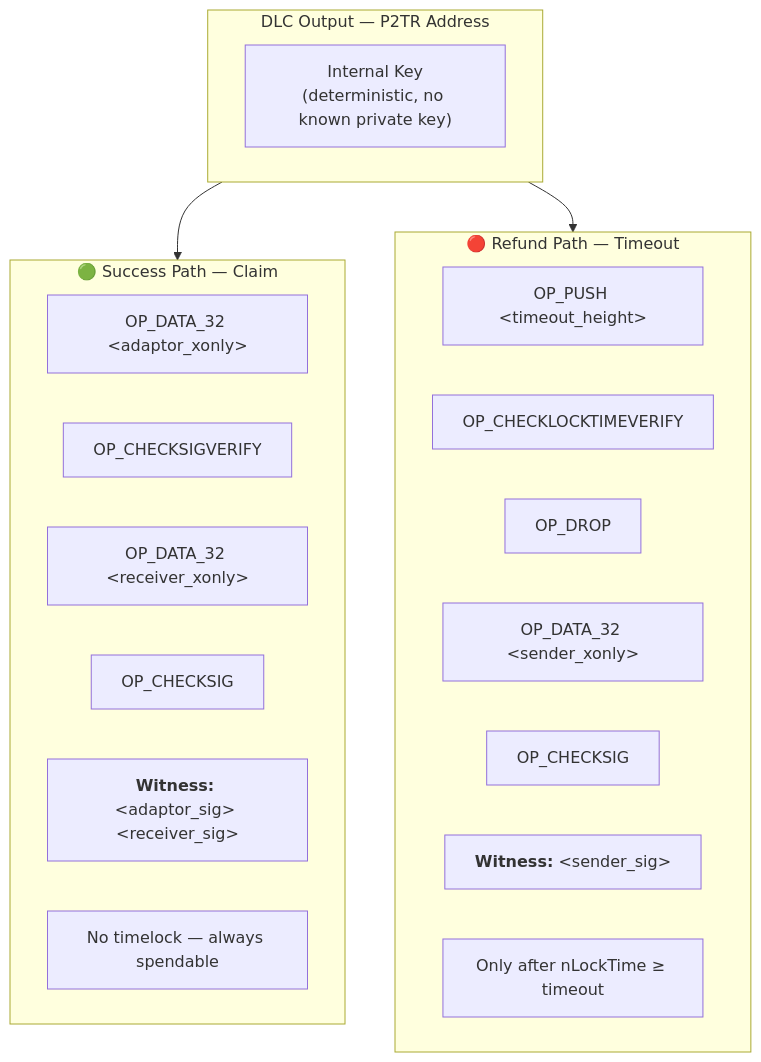
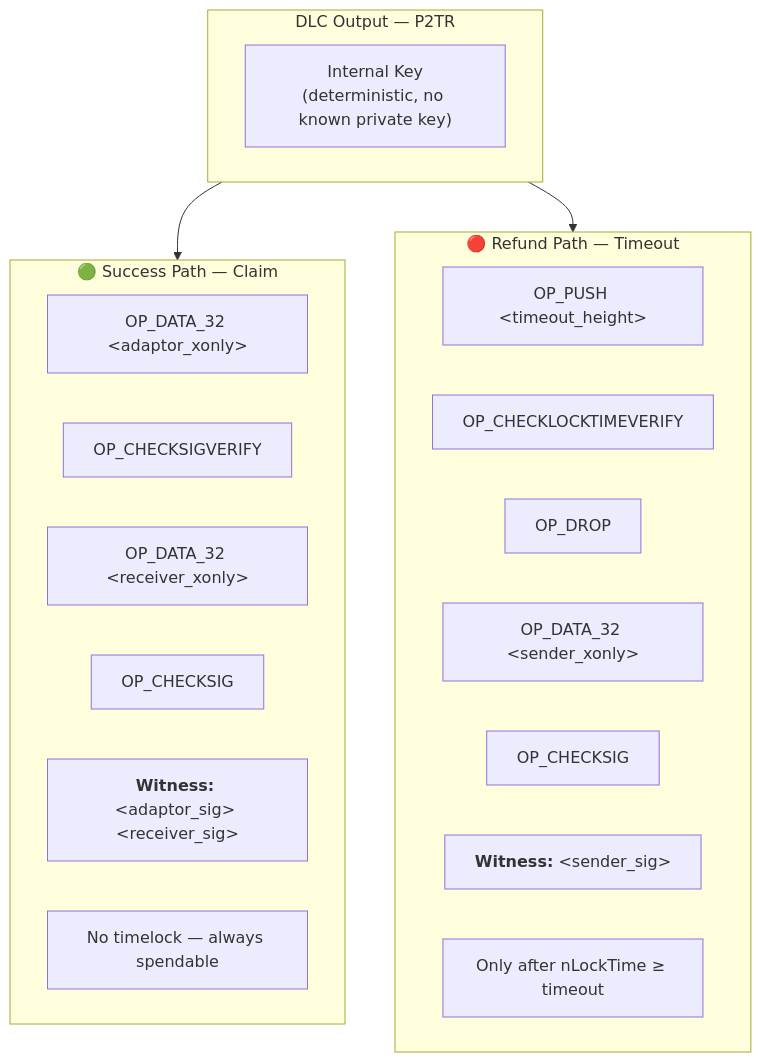
The third of 5 diagrams in README.md (Avecci-Claussen/DLC_Bridge-FB-BTC), drawn with Mermaid before and after one commit.

````diff
--- a/README.md
+++ b/README.md
@@ -267,28 +267,28 @@
 ```mermaid
 flowchart TD
-    subgraph P2TR["DLC Output — P2TR Address"]
+    subgraph P2TR["DLC Output — P2TR"]
         IK["Internal Key<br/>(deterministic, no known private key)"]
     end
 
     P2TR --> SUCCESS
     P2TR --> REFUND
 
     subgraph SUCCESS["🟢 Success Path — Claim"]
         S1["OP_DATA_32 &lt;adaptor_xonly&gt;"]
         S2["OP_CHECKSIGVERIFY"]
         S3["OP_DATA_32 &lt;receiver_xonly&gt;"]
         S4["OP_CHECKSIG"]
         S5["<b>Witness:</b> &lt;adaptor_sig&gt; &lt;receiver_sig&gt;"]
         S6["No timelock — always spendable"]
     end
 
     subgraph REFUND["🔴 Refund Path — Timeout"]
         R1["OP_PUSH &lt;timeout_height&gt;"]
         R2["OP_CHECKLOCKTIMEVERIFY"]
         R3["OP_DROP"]
         R4["OP_DATA_32 &lt;sender_xonly&gt;"]
         R5["OP_CHECKSIG"]
         R6["<b>Witness:</b> &lt;sender_sig&gt;"]
         R7["Only after nLockTime ≥ timeout"]
     end
 ```
````
